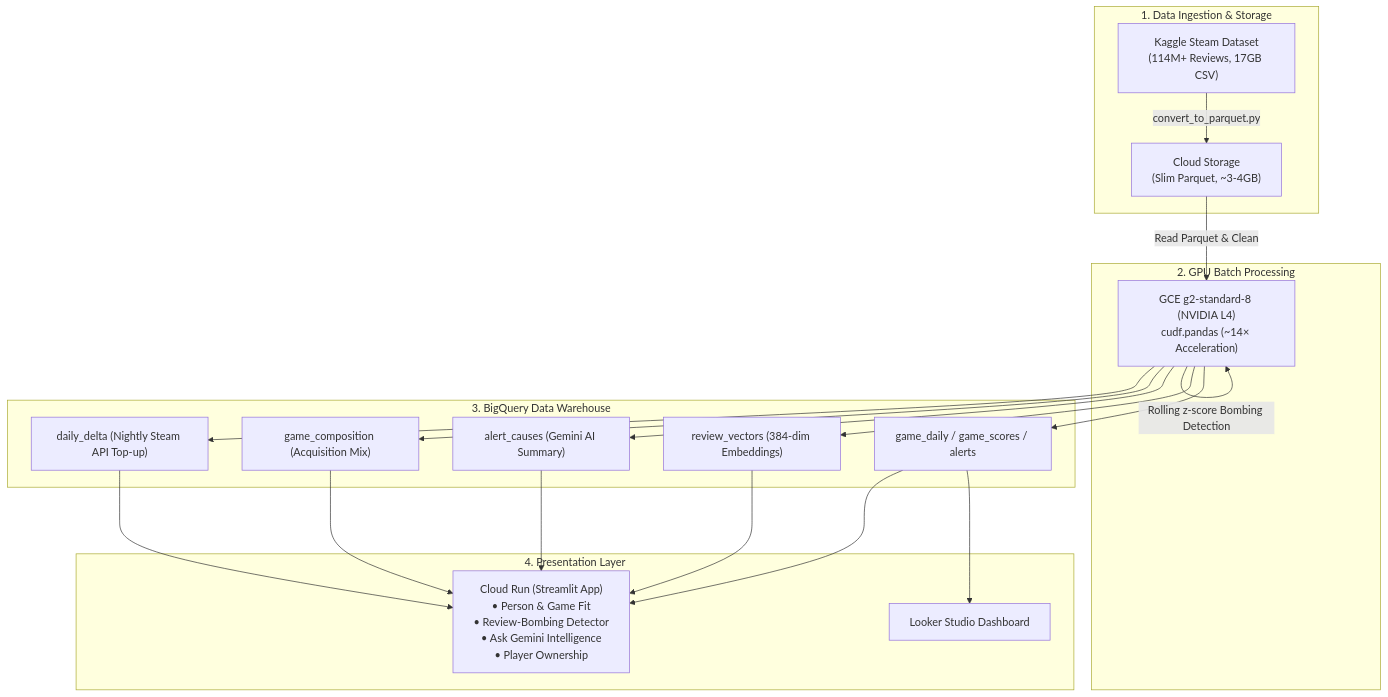
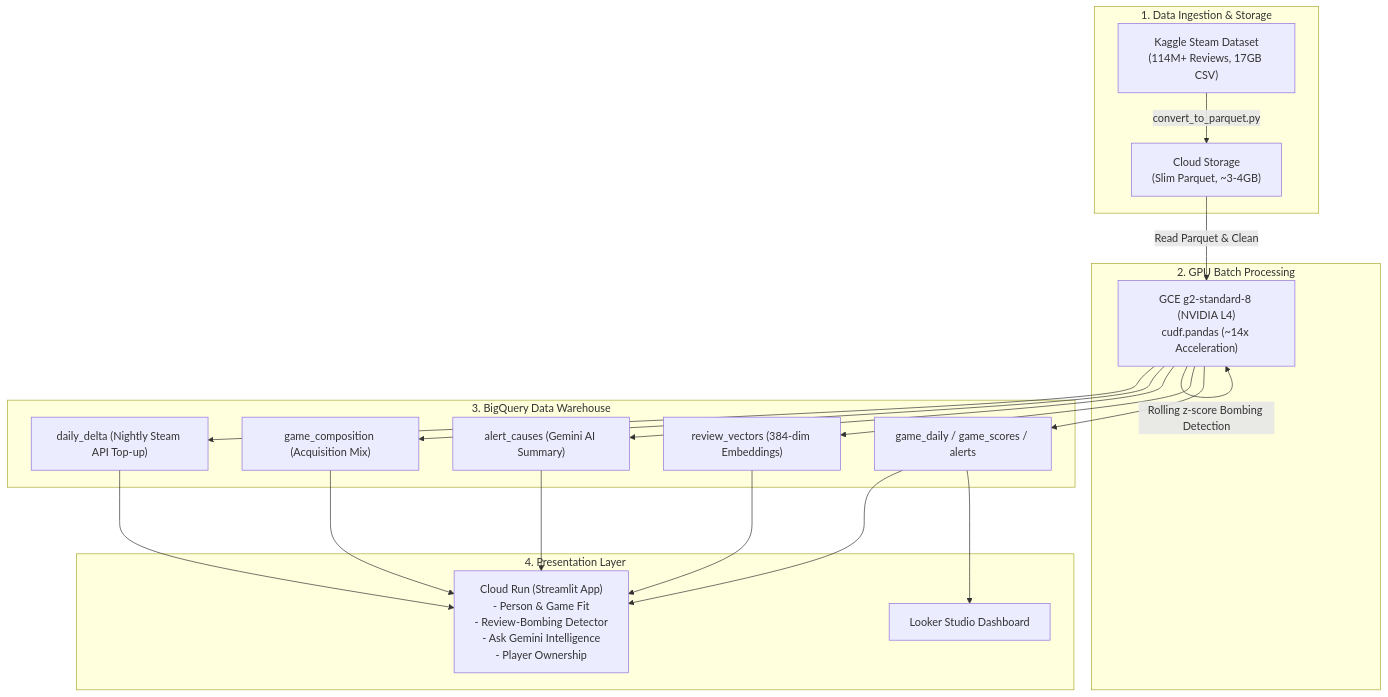
One commit to hypoxic127/buyorwait changed the diagram in README.md. Above: the diagram before and after it, drawn with Mermaid. The commit also changed other lines of this file, not shown here.

Commit message:
docs: refine Mermaid syntax in README to ensure 100% rendering accuracy on GitHub

````diff
--- a/README.md
+++ b/README.md
@@ -13,42 +13,42 @@
 ```mermaid
 flowchart TD
     subgraph Ingestion["1. Data Ingestion & Storage"]
         Kaggle["Kaggle Steam Dataset<br/>(114M+ Reviews, 17GB CSV)"]
         Slim["Cloud Storage<br/>(Slim Parquet, ~3-4GB)"]
         Kaggle -->|"convert_to_parquet.py"| Slim
     end
 
     subgraph GPU["2. GPU Batch Processing"]
-        GCE["GCE g2-standard-8 (NVIDIA L4)<br/>cudf.pandas (~14× Acceleration)"]
+        GCE["GCE g2-standard-8 (NVIDIA L4)<br/>cudf.pandas (~14x Acceleration)"]
         Slim -->|"Read Parquet & Clean"| GCE
         GCE -->|"Daily Aggregation & Score Weighting"| GCE
         GCE -->|"Rolling z-score Bombing Detection"| GCE
     end
 
     subgraph Storage["3. BigQuery Data Warehouse"]
         BQ_Daily["game_daily / game_scores / alerts"]
         BQ_Vector["review_vectors (384-dim Embeddings)"]
         BQ_Attribution["alert_causes (Gemini AI Summary)"]
         BQ_Composition["game_composition (Acquisition Mix)"]
         BQ_Delta["daily_delta (Nightly Steam API Top-up)"]
         
         GCE --> BQ_Daily
         GCE --> BQ_Vector
         GCE --> BQ_Attribution
         GCE --> BQ_Composition
         GCE --> BQ_Delta
     end
 
     subgraph Presentation["4. Presentation Layer"]
-        Streamlit["Cloud Run (Streamlit App)<br/>• Person & Game Fit<br/>• Review-Bombing Detector<br/>• Ask Gemini Intelligence<br/>• Player Ownership"]
+        Streamlit["Cloud Run (Streamlit App)<br/>- Person & Game Fit<br/>- Review-Bombing Detector<br/>- Ask Gemini Intelligence<br/>- Player Ownership"]
         Looker["Looker Studio Dashboard"]
         
         BQ_Daily --> Streamlit
         BQ_Vector --> Streamlit
         BQ_Attribution --> Streamlit
         BQ_Composition --> Streamlit
         BQ_Delta --> Streamlit
         
         BQ_Daily --> Looker
     end
 ```
````
